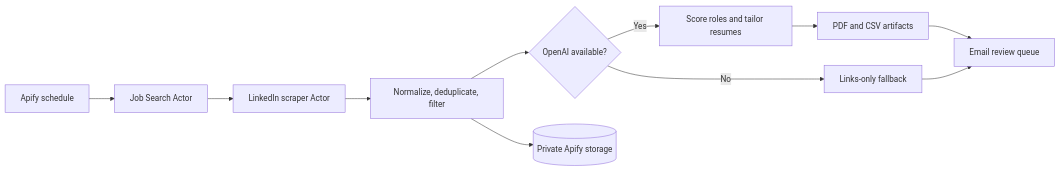
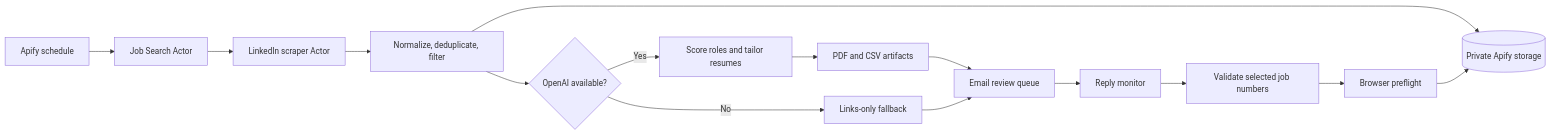
The diagram in README.md (Saurabh2404/cloud-job-search-assistant), drawn with Mermaid before and after one commit. The commit also changed other lines of this file and 1 other file, not shown here.

````diff
--- a/README.md
+++ b/README.md
@@ -22,13 +24,17 @@
 ```mermaid
 flowchart LR
     S[Apify schedule] --> A[Job Search Actor]
     A --> L[LinkedIn scraper Actor]
     L --> F[Normalize, deduplicate, filter]
     F --> O{OpenAI available?}
     O -->|Yes| R[Score roles and tailor resumes]
     O -->|No| B[Links-only fallback]
     R --> P[PDF and CSV artifacts]
     P --> E[Email review queue]
     B --> E
     F --> D[(Private Apify storage)]
+    E --> M[Reply monitor]
+    M --> Q[Validate selected job numbers]
+    Q --> W[Browser preflight]
+    W --> D
 ```
````
